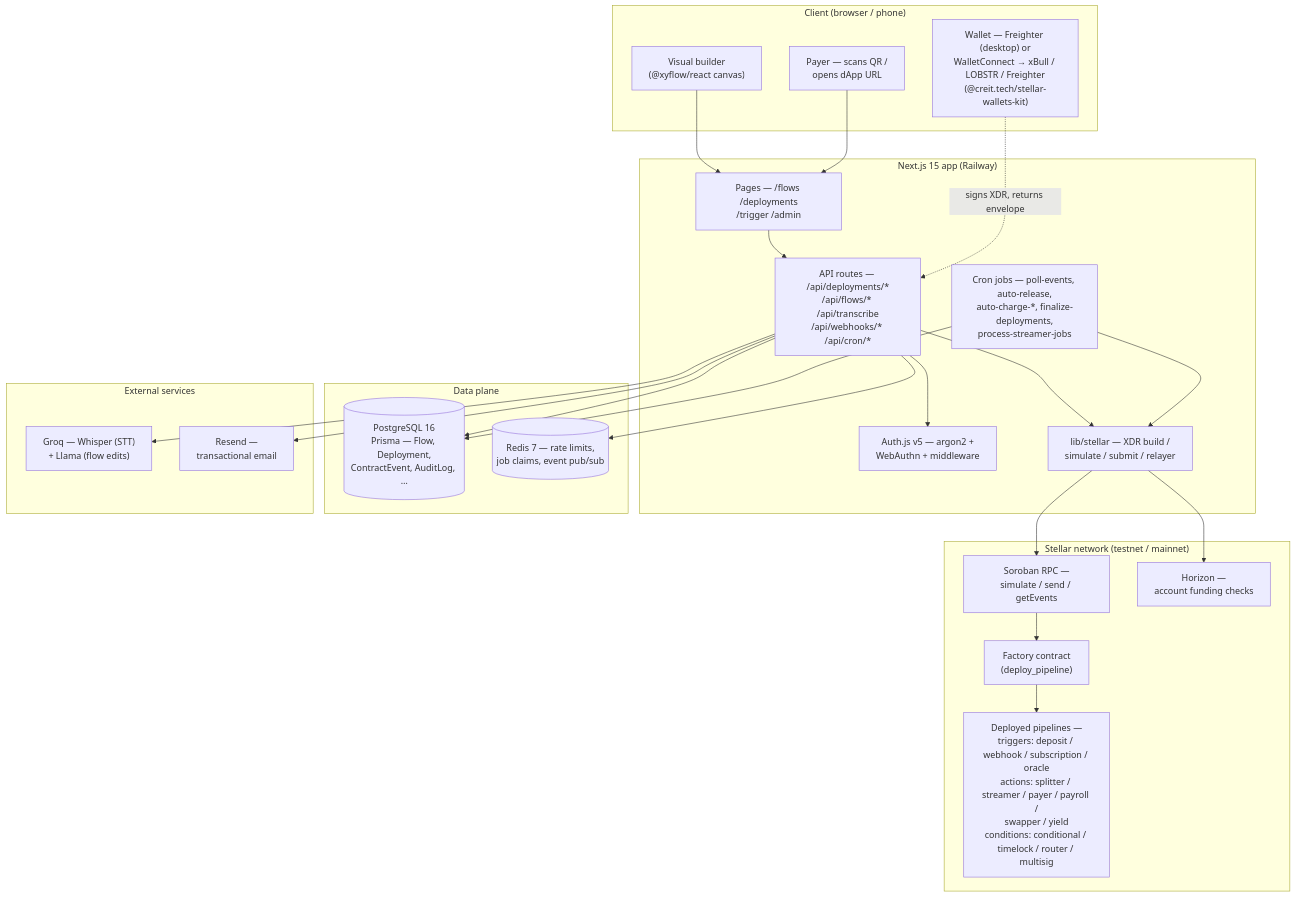
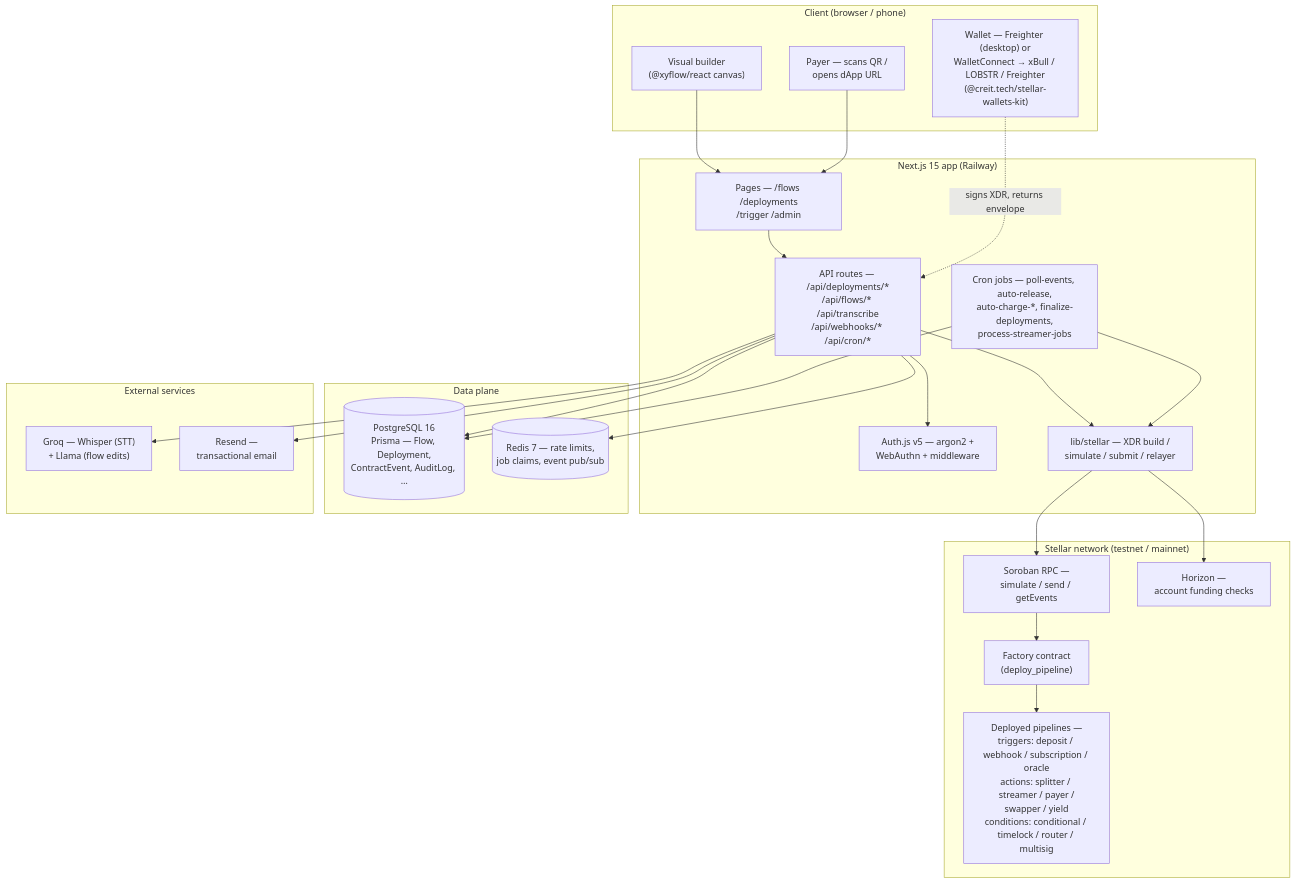
One commit to artisam-paiflow/paiflow changed the first of 5 diagrams in docs/architecture-diagrams.md. Above: the diagram before and after it, drawn with Mermaid. The commit also changed other lines of this file and 176 other files, not shown here.

````diff
--- a/docs/architecture-diagrams.md
+++ b/docs/architecture-diagrams.md
@@ -36,50 +36,50 @@
 ```mermaid
 flowchart TB
     subgraph Client["Client (browser / phone)"]
         Builder["Visual builder<br/>(@xyflow/react canvas)"]
         Wallet["Wallet — Freighter (desktop) or<br/>WalletConnect → xBull / LOBSTR / Freighter<br/>(@creit.tech/stellar-wallets-kit)"]
         Payer["Payer — scans QR /<br/>opens dApp URL"]
     end
 
     subgraph App["Next.js 15 app (Railway)"]
         Pages["Pages — /flows /deployments<br/>/trigger /admin"]
         API["API routes — /api/deployments/*<br/>/api/flows/* /api/transcribe<br/>/api/webhooks/* /api/cron/*"]
         Auth["Auth.js v5 — argon2 +<br/>WebAuthn + middleware"]
         StellarLib["lib/stellar — XDR build /<br/>simulate / submit / relayer"]
         Cron["Cron jobs — poll-events, auto-release,<br/>auto-charge-*, finalize-deployments,<br/>process-streamer-jobs"]
     end
 
     subgraph Data["Data plane"]
         PG[("PostgreSQL 16<br/>Prisma — Flow, Deployment,<br/>ContractEvent, AuditLog, …")]
         Redis[("Redis 7 — rate limits,<br/>job claims, event pub/sub")]
     end
 
     subgraph Chain["Stellar network (testnet / mainnet)"]
         RPC["Soroban RPC —<br/>simulate / send / getEvents"]
         Horizon["Horizon —<br/>account funding checks"]
         Factory["Factory contract<br/>(deploy_pipeline)"]
-        Contracts["Deployed pipelines —<br/>triggers: deposit / webhook / subscription / oracle<br/>actions: splitter / streamer / payer / payroll /<br/>swapper / yield<br/>conditions: conditional / timelock / router / multisig"]
+        Contracts["Deployed pipelines —<br/>triggers: deposit / webhook / subscription / oracle<br/>actions: splitter / streamer / payer /<br/>swapper / yield<br/>conditions: conditional / timelock / router / multisig"]
     end
 
     subgraph External["External services"]
         Groq["Groq — Whisper (STT)<br/>+ Llama (flow edits)"]
         Resend["Resend —<br/>transactional email"]
     end
 
     Builder --> Pages
     Payer --> Pages
     Pages --> API
     API --> Auth
     API --> StellarLib
     API --> PG
     API --> Redis
     API --> Groq
     API --> Resend
     Cron --> StellarLib
     Cron --> PG
     StellarLib --> RPC
     StellarLib --> Horizon
     RPC --> Factory
     Factory --> Contracts
     Wallet -. signs XDR, returns envelope .-> API
 ```
````
